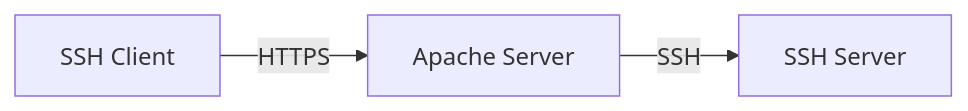
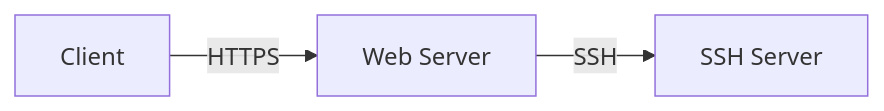
Before and after one commit to cipherbite/mastering-linux: the fourth of 5 diagrams in mastering-ssh-part-one/2 - Getting Started with SSH.md, drawn with Mermaid. The commit also changed other lines of this file, not shown here.

Commit message:
Update 2 - Getting Started with SSH.md

````diff
--- a/mastering-ssh-part-one/2 - Getting Started with SSH.md
+++ b/mastering-ssh-part-one/2 - Getting Started with SSH.md
@@ -313,5 +396,5 @@
 ```mermaid
 graph LR
-    A[SSH Client] -->|HTTPS| B[Apache Server]
+    A[Client] -->|HTTPS| B[Web Server]
     B -->|SSH| C[SSH Server]
 ```
````
